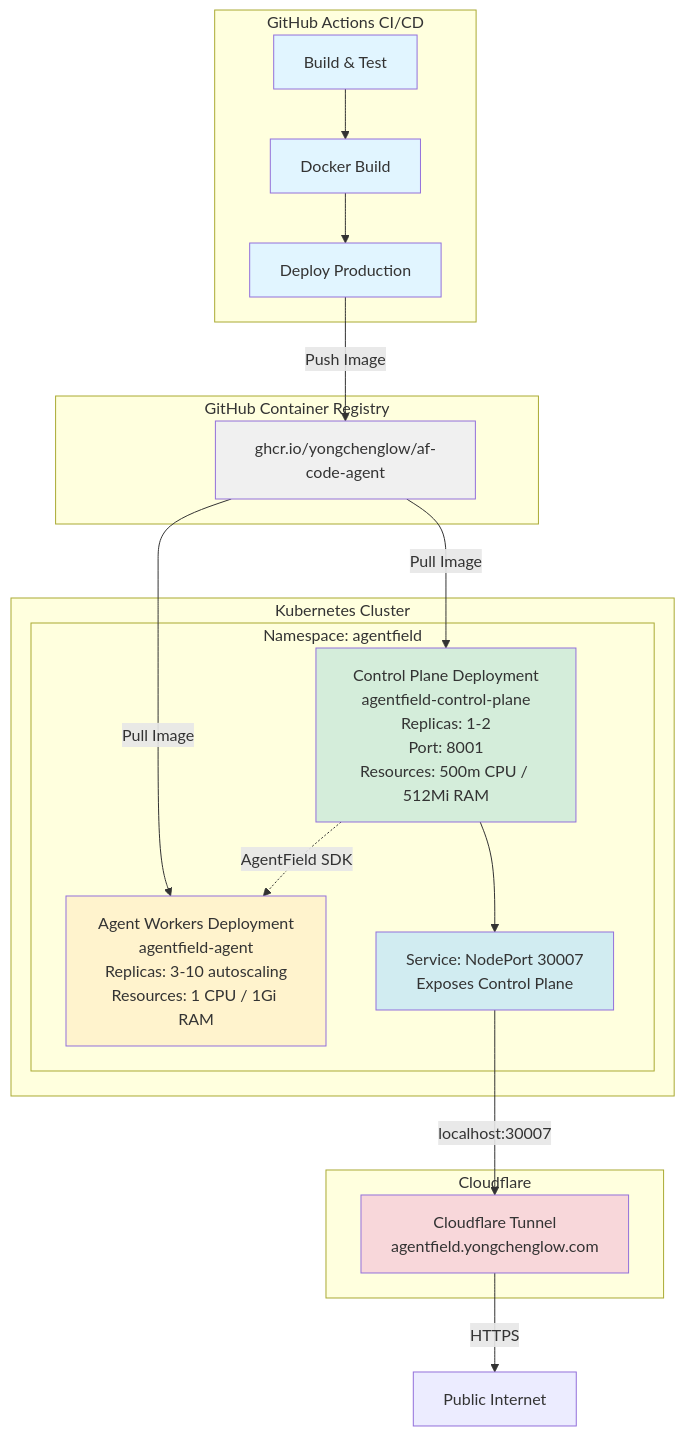
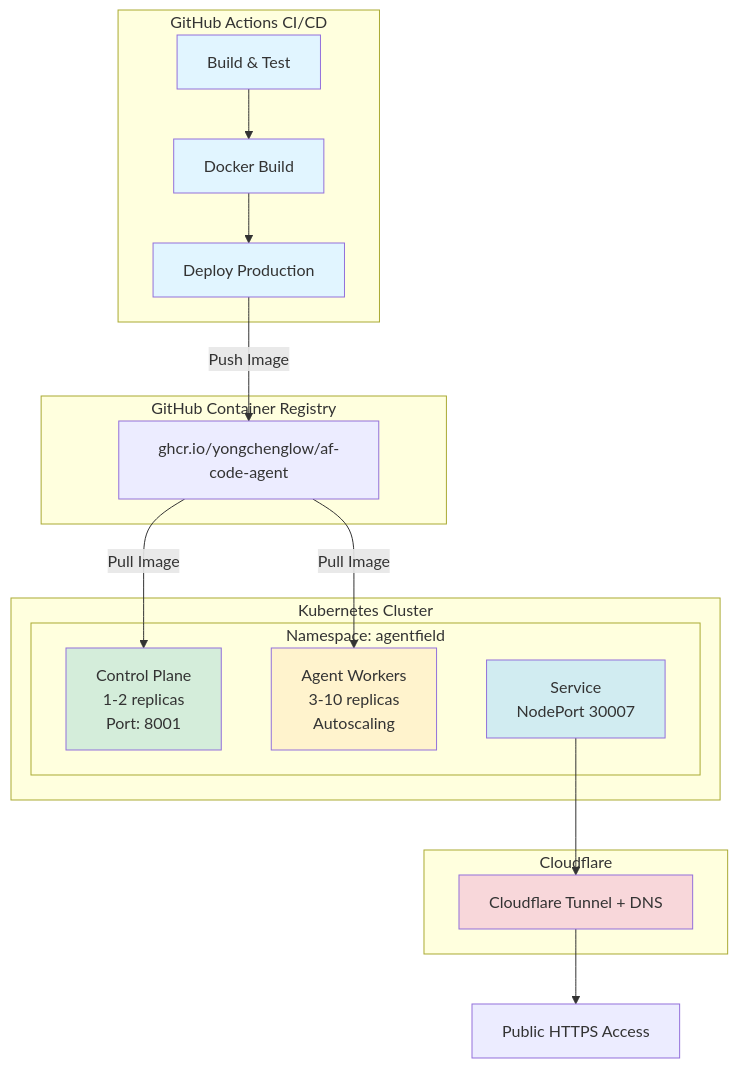
One commit to yongchenglow/af-code-agent changed the second of 2 diagrams in docs/DEPLOYMENT.md. Above: the diagram before and after it, drawn with Mermaid. The commit also changed other lines of this file and 6 other files, not shown here.

````diff
--- a/docs/DEPLOYMENT.md
+++ b/docs/DEPLOYMENT.md
@@ -306,45 +371,39 @@
 ```mermaid
 graph TB
     subgraph "GitHub Actions CI/CD"
         BUILD[Build & Test]
         DOCKER[Docker Build]
         DEPLOY[Deploy Production]
         BUILD --> DOCKER --> DEPLOY
     end
 
     subgraph "GitHub Container Registry"
         GHCR[ghcr.io/yongchenglow/af-code-agent]
     end
 
     subgraph "Kubernetes Cluster"
         subgraph "Namespace: agentfield"
-            CP[Control Plane Deployment<br/>agentfield-control-plane<br/>Replicas: 1-2<br/>Port: 8001<br/>Resources: 500m CPU / 512Mi RAM]
-
-            AW[Agent Workers Deployment<br/>agentfield-agent<br/>Replicas: 3-10 autoscaling<br/>Resources: 1 CPU / 1Gi RAM]
-
-            SVC[Service: NodePort 30007<br/>Exposes Control Plane]
-
-            CP -.->|AgentField SDK| AW
-            CP --> SVC
+            CP[Control Plane<br/>1-2 replicas<br/>Port: 8001]
+            AW[Agent Workers<br/>3-10 replicas<br/>Autoscaling]
+            SVC[Service<br/>NodePort 30007]
         end
     end
 
     subgraph "Cloudflare"
-        TUNNEL[Cloudflare Tunnel<br/>agentfield.yongchenglow.com]
+        TUNNEL[Cloudflare Tunnel + DNS]
     end
 
     DEPLOY -->|Push Image| GHCR
     GHCR -->|Pull Image| CP
     GHCR -->|Pull Image| AW
-    SVC -->|localhost:30007| TUNNEL
-    TUNNEL -->|HTTPS| INTERNET[Public Internet]
+    SVC --> TUNNEL
+    TUNNEL --> PUBLIC[Public HTTPS Access]
 
     style BUILD fill:#e1f5ff
     style DOCKER fill:#e1f5ff
     style DEPLOY fill:#e1f5ff
-    style GHCR fill:#f0f0f0
     style CP fill:#d4edda
     style AW fill:#fff3cd
     style SVC fill:#d1ecf1
     style TUNNEL fill:#f8d7da
 ```
````
